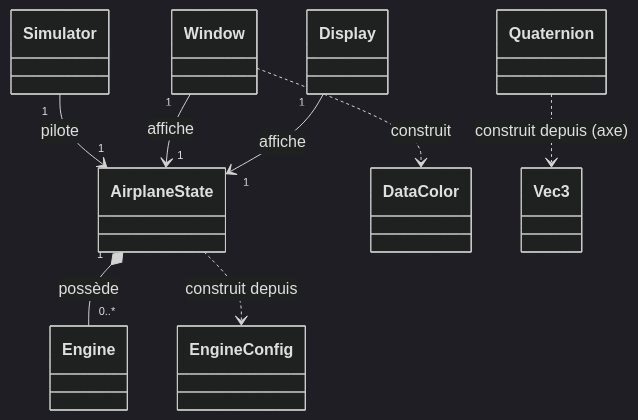
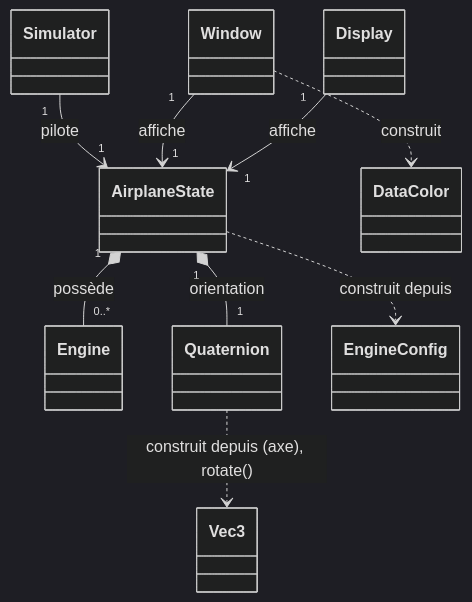
One commit to EtienneDumai/avionics changed the first of 10 diagrams in docs/classDiagram.md. Above: the diagram before and after it, drawn with Mermaid (dark theme). The commit also changed other lines of this file and 4 other files, not shown here.

````diff
--- a/docs/classDiagram.md
+++ b/docs/classDiagram.md
@@ -11,10 +11,11 @@
 ```mermaid
 classDiagram
     Simulator "1" --> "1" AirplaneState : pilote
     Window "1" --> "1" AirplaneState : affiche
     Display "1" --> "1" AirplaneState : affiche
     Window ..> DataColor : construit
     AirplaneState "1" *-- "0..*" Engine : possède
+    AirplaneState "1" *-- "1" Quaternion : orientation
     AirplaneState ..> EngineConfig : construit depuis
-    Quaternion ..> Vec3 : construit depuis (axe)
+    Quaternion ..> Vec3 : construit depuis (axe), rotate()
 ```
````
